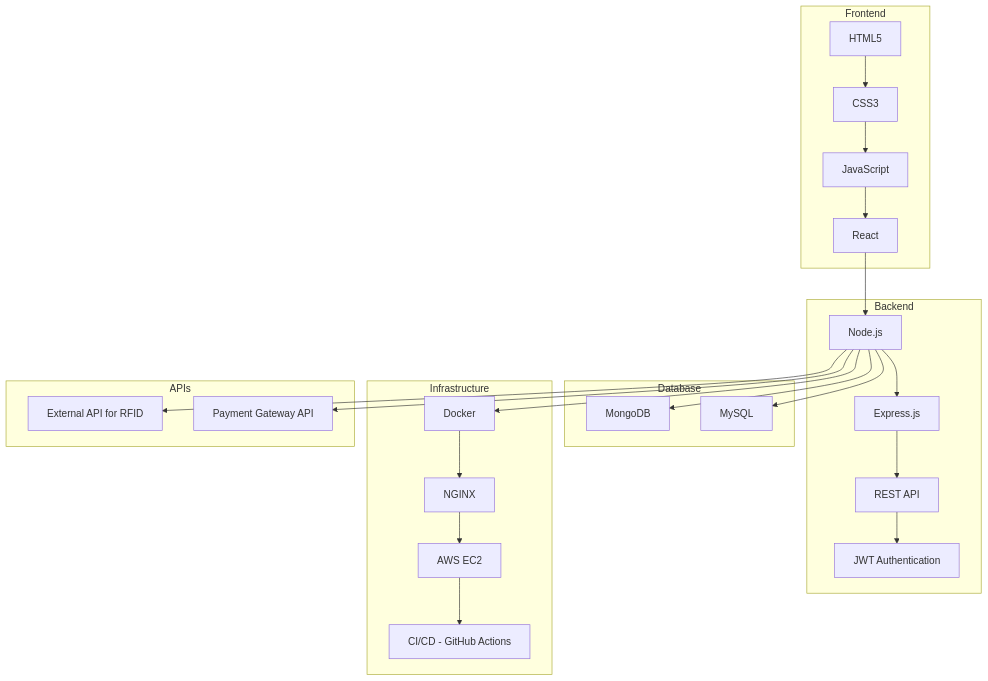
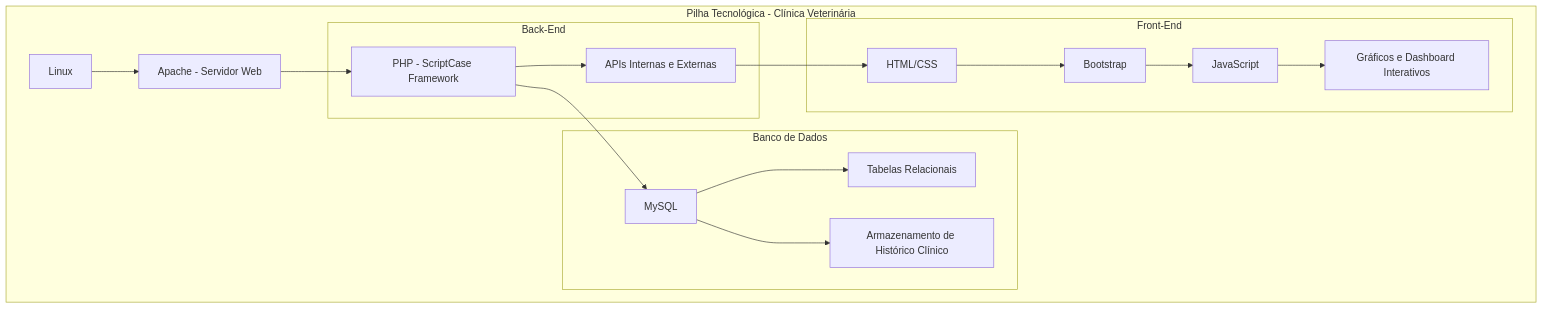
The fourth of 4 diagrams in README.md (VitorSauzen/vitor_emanuel), drawn with Mermaid before and after one commit. The commit also changed other lines of this file, not shown here.

Commit message:
Adição de informações sobre pilha tecnológica, requisitos, segurança e instalação e manutenção

````diff
--- a/README.md
+++ b/README.md
@@ -630,44 +704,36 @@
 ```mermaid
 graph TD
-    subgraph Frontend
-        A1[HTML5]
-        A2[CSS3]
-        A3[JavaScript]
-        A4[React]
+    subgraph "Pilha Tecnológica - Clínica Veterinária"
+        A[Linux]
+        B[Apache - Servidor Web]
+        
+        subgraph "Back-End"
+            C[PHP - ScriptCase Framework]
+            D[APIs Internas e Externas]
+        end
+
+        subgraph "Banco de Dados"
+            E[MySQL]
+            F[Tabelas Relacionais]
+            G[Armazenamento de Histórico Clínico]
+        end
+
+        subgraph "Front-End"
+            H[HTML/CSS]
+            I[Bootstrap]
+            J[JavaScript]
+            K[Gráficos e Dashboard Interativos]
+        end
     end
 
-    subgraph Backend
-        B1[Node.js]
-        B2[Express.js]
-        B3[REST API]
-        B4[JWT Authentication]
-    end
-
-    subgraph Database
-        C1[MongoDB]
-        C2[MySQL]
-    end
-
-    subgraph Infrastructure
-        D1[Docker]
-        D2[NGINX]
-        D3[AWS EC2]
-        D4[CI/CD - GitHub Actions]
-    end
-
-    subgraph APIs
-        E1[External API for RFID]
-        E2[Payment Gateway API]
-    end
-
-    A1 --> A2 --> A3 --> A4
-    A4 --> B1
-    B1 --> B2 --> B3 --> B4
-    B1 --> C1
-    B1 --> C2
-    B1 --> D1
-    D1 --> D2 --> D3 --> D4
-    B1 --> E1
-    B1 --> E2
-
+    A --> B
+    B --> C
+    C --> D
+    C --> E
+    E --> F
+    E --> G
+    D --> H
+    H --> I
+    I --> J
+    J --> K
 ```
````
